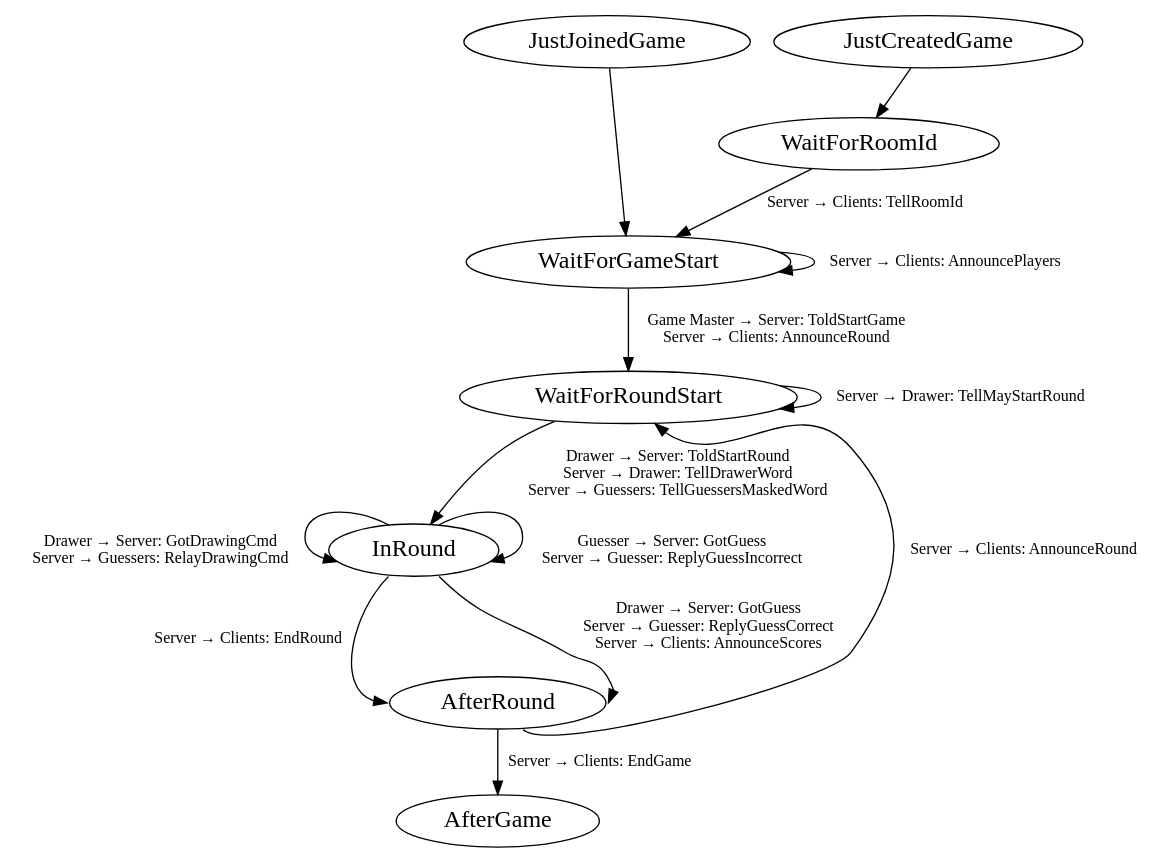
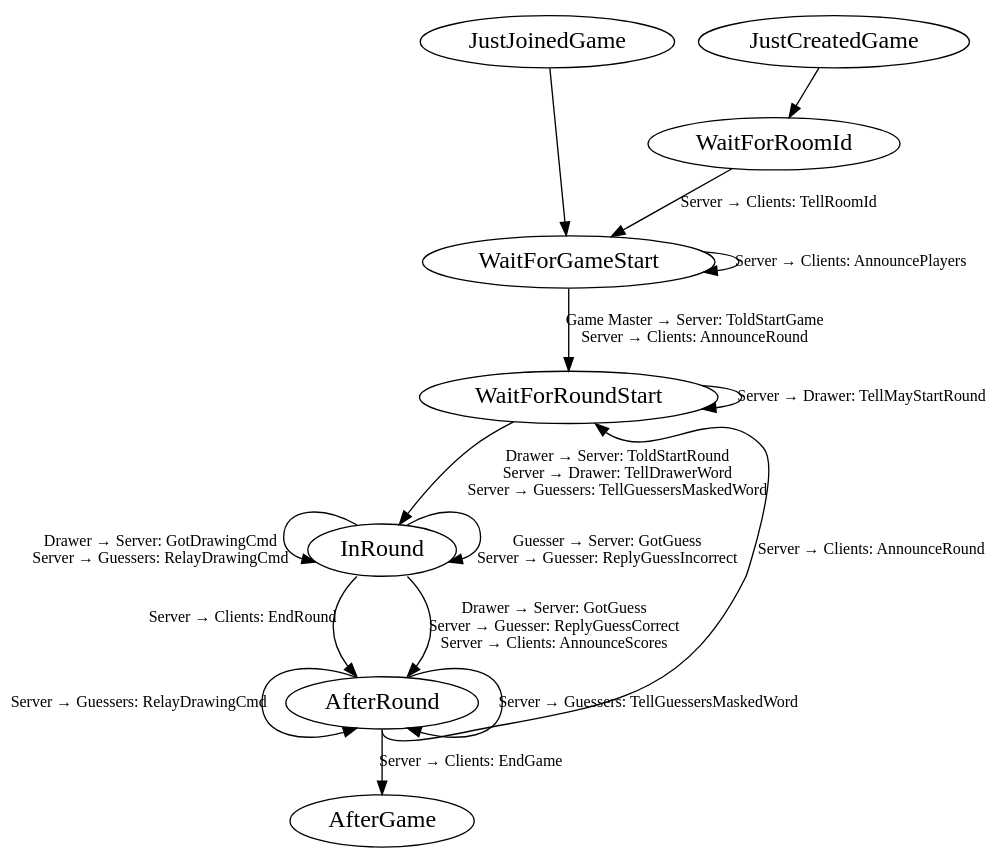
The diagram in sm.dot (kccqzy/drawing-guessing), drawn with Graphviz before and after one commit.

Commit message:
Update state machine diagram

```diff
--- a/sm.dot
+++ b/sm.dot
@@ -1,24 +1,27 @@
 digraph G {
 
-  node [fontsize=18, fontname="Iowan Old Style"]
-  edge [fontsize=12, fontname="Iowan Old Style"]
+  node [fontsize=18, fontname="Times"]
+  edge [fontsize=12, fontname="Times"]
 
   { rank = same; JustJoinedGame; JustCreatedGame; }
 
   JustJoinedGame -> WaitForGameStart
   JustCreatedGame -> WaitForRoomId
   WaitForRoomId -> WaitForGameStart [label = "Server → Clients: TellRoomId"]
   WaitForGameStart -> WaitForGameStart [label = "Server → Clients: AnnouncePlayers"]
   WaitForGameStart -> WaitForRoundStart [label = "Game Master → Server: ToldStartGame\nServer → Clients: AnnounceRound" ]
   WaitForRoundStart -> WaitForRoundStart [label = "Server → Drawer: TellMayStartRound"]
   WaitForRoundStart -> InRound [label = "Drawer → Server: ToldStartRound\nServer → Drawer: TellDrawerWord\nServer → Guessers: TellGuessersMaskedWord"]
   InRound:nw -> InRound [label = "Drawer → Server: GotDrawingCmd\nServer → Guessers: RelayDrawingCmd"]
   InRound:ne -> InRound [label = "Guesser → Server: GotGuess\nServer → Guesser: ReplyGuessIncorrect"]
-  InRound:se -> AfterRound:e [label = "Drawer → Server: GotGuess\nServer → Guesser: ReplyGuessCorrect\nServer → Clients: AnnounceScores"]
-  InRound:sw -> AfterRound:w [xlabel = "Server → Clients: EndRound"]
+  InRound:se -> AfterRound:ne [label = "Drawer → Server: GotGuess\nServer → Guesser: ReplyGuessCorrect\nServer → Clients: AnnounceScores"]
+  InRound:sw -> AfterRound:nw [xlabel = "Server → Clients: EndRound"]
+  
+  AfterRound:ne -> AfterRound:se [label = "Server → Guessers: TellGuessersMaskedWord"]
+  AfterRound:nw -> AfterRound:sw [label = "Server → Guessers: RelayDrawingCmd"]
 
   AfterRound -> AfterGame [label = "Server → Clients: EndGame"]
-  AfterRound:se -> WaitForRoundStart:se [label = "Server → Clients: AnnounceRound"]
+  AfterRound:s -> WaitForRoundStart:se [label = "Server → Clients: AnnounceRound"]
 
   
 }
```
